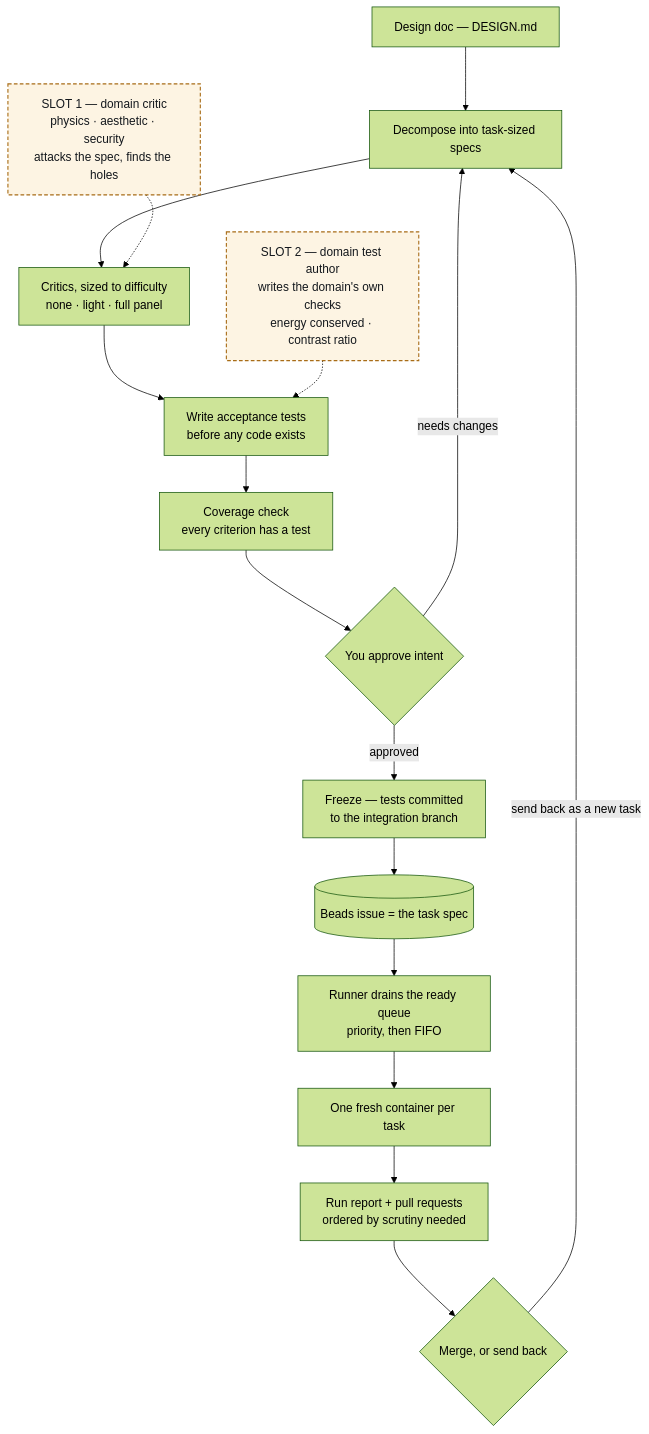
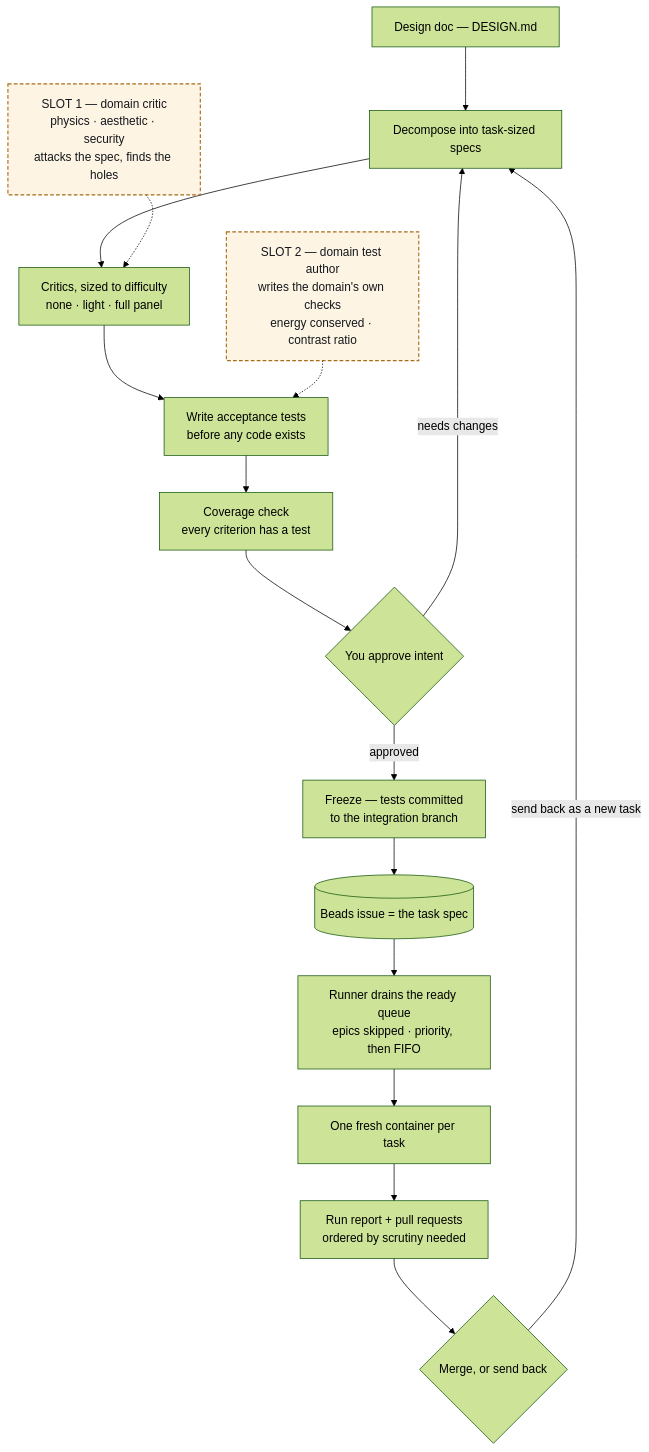
The first of 5 diagrams in docs/pipeline-diagram.md (Chadleewalker/Multi-AgentPipelines), drawn with Mermaid (forest theme) before and after one commit. The commit also changed other lines of this file and 3 other files, not shown here.

````diff
--- a/docs/pipeline-diagram.md
+++ b/docs/pipeline-diagram.md
@@ -14,21 +14,21 @@
 ```mermaid
 flowchart TB
   A["Design doc — DESIGN.md"] --> B["Decompose into task-sized specs"]
   B --> C["Critics, sized to difficulty<br/>none · light · full panel"]
   SP1["SLOT 1 — domain critic<br/>physics · aesthetic · security<br/>attacks the spec, finds the holes"] -.-> C
   C --> D["Write acceptance tests<br/>before any code exists"]
   SP2["SLOT 2 — domain test author<br/>writes the domain's own checks<br/>energy conserved · contrast ratio"] -.-> D
   D --> E["Coverage check<br/>every criterion has a test"]
   E --> F{"You approve intent"}
   F -->|"needs changes"| B
   F -->|"approved"| G["Freeze — tests committed<br/>to the integration branch"]
   G --> H[("Beads issue = the task spec")]
-  H --> I["Runner drains the ready queue<br/>priority, then FIFO"]
+  H --> I["Runner drains the ready queue<br/>epics skipped · priority, then FIFO"]
   I --> J["One fresh container per task"]
   J --> K["Run report + pull requests<br/>ordered by scrutiny needed"]
   K --> L{"Merge, or send back"}
   L -->|"send back as a new task"| B
 
   classDef specialist fill:#fdf4e3,stroke:#a86c17,stroke-width:1.5px,stroke-dasharray:5 3,color:#14181d
   class SP1,SP2 specialist
 ```
````
